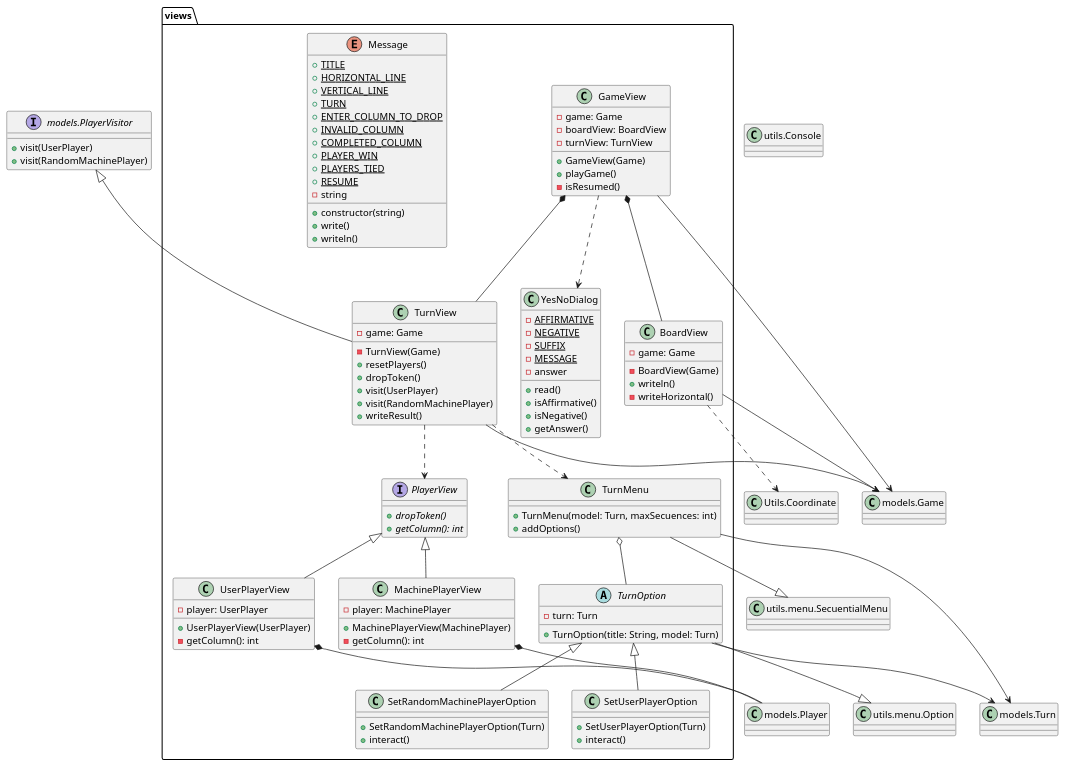
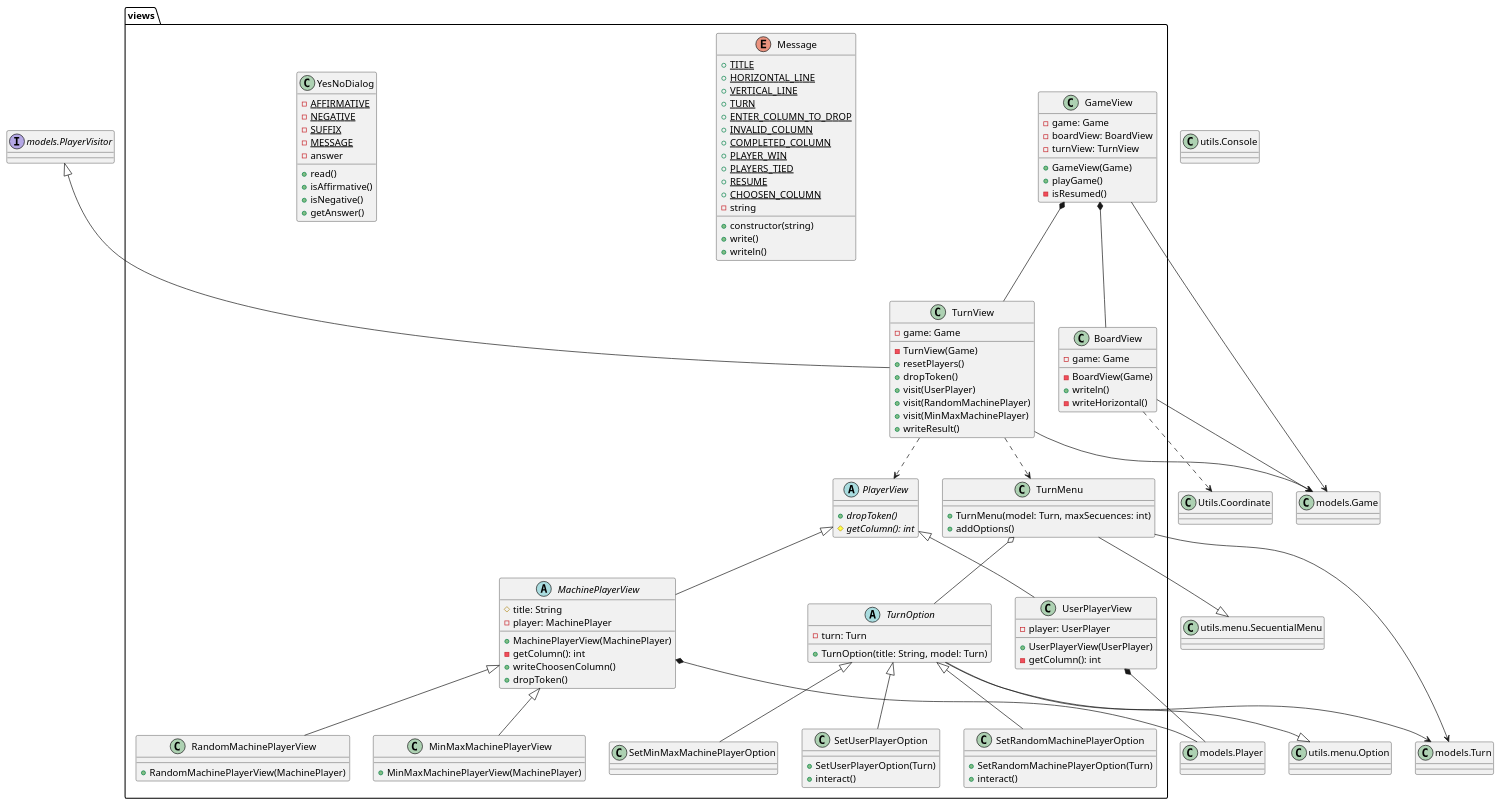
One commit to js-rom/connect4 changed the diagram in connect4/Docs/diagrams/src/packages/connect4.views.plantuml. Above: the diagram before and after it, drawn with PlantUML. The commit also changed 2 other files, not shown here.

Commit message:
docs(featureDocs): update docs with new feature IA Player

```diff
--- a/connect4/Docs/diagrams/src/packages/connect4.views.plantuml
+++ b/connect4/Docs/diagrams/src/packages/connect4.views.plantuml
@@ -1,124 +1,135 @@
-@startuml views
+@startuml connect4.views
 
 class views.GameView
 class views.BoardView
 class views.TurnView
-interface views.PlayerView
-class views.MachinePlayerView
+abstract class views.PlayerView
+abstract class views.MachinePlayerView
+class views.MinMaxMachinePlayerView
+class views.RandomMachinePlayerView
 class views.UserPlayerView
 class views.TurnMenu
 abstract class views.TurnOption
 class views.SetRandomMachinePlayerOption
+class views.SetMinMaxMachinePlayerOption
 class views.SetUserPlayerOption
 enum views.Message
 class views.YesNoDialog
 
 GameView *-- TurnView
 GameView *-- BoardView
 TurnView ..> PlayerView
 PlayerView <|-- UserPlayerView
 PlayerView <|-- MachinePlayerView
+MachinePlayerView <|-- MinMaxMachinePlayerView
+MachinePlayerView <|-- RandomMachinePlayerView
 TurnOption <|-- SetRandomMachinePlayerOption
+TurnOption <|-- SetMinMaxMachinePlayerOption
 TurnOption <|-- SetUserPlayerOption
 
 TurnView ..> TurnMenu
-GameView ..> YesNoDialog
 TurnMenu o-- TurnOption
 
 
 class Option as "utils.menu.Option"
 class SecuentialMenu as "utils.menu.SecuentialMenu"
 class Game as "models.Game"
 class Turn as "models.Turn"
 class Coordinate as "Utils.Coordinate"
 class Console as "utils.Console"
 class Player as "models.Player"
 interface PlayerVisitor as "models.PlayerVisitor"
 
 TurnOption --|> Option
 TurnMenu --|> SecuentialMenu
 BoardView --> Game
 BoardView ..> Coordinate
 GameView --> Game
 MachinePlayerView *-- Player
 UserPlayerView *-- Player
 TurnView --> Game
 TurnMenu --> Turn
 TurnOption --> Turn
 PlayerVisitor <|-- TurnView
 
 
 GameView : -game: Game
 GameView : -boardView: BoardView
 GameView : -turnView: TurnView
 GameView : +GameView(Game)
 GameView : +playGame()
 GameView : -isResumed()
 
 TurnView : -game: Game
 TurnView : -TurnView(Game)
 TurnView : +resetPlayers()
 TurnView : +dropToken()
 TurnView : +visit(UserPlayer)
 TurnView : +visit(RandomMachinePlayer)
+TurnView : +visit(MinMaxMachinePlayer)
 TurnView : +writeResult()
 
 BoardView : -game: Game
 BoardView : -BoardView(Game)
 BoardView : +writeln()
 BoardView : -writeHorizontal()
 
 PlayerView : +{abstract}dropToken()
-PlayerView : +{abstract}getColumn(): int
+PlayerView : {abstract} #getColumn(): int
 
+MachinePlayerView : #title: String
 MachinePlayerView : -player: MachinePlayer
 MachinePlayerView : +MachinePlayerView(MachinePlayer)
 MachinePlayerView : -getColumn(): int
+MachinePlayerView : +writeChoosenColumn()
+MachinePlayerView : +dropToken()
+
+MinMaxMachinePlayerView : +MinMaxMachinePlayerView(MachinePlayer)
+
+RandomMachinePlayerView : +RandomMachinePlayerView(MachinePlayer)
 
 UserPlayerView : -player: UserPlayer
 UserPlayerView : +UserPlayerView(UserPlayer)
 UserPlayerView : -getColumn(): int
-
-PlayerVisitor : +visit(UserPlayer)
-PlayerVisitor : +visit(RandomMachinePlayer)
 
 Message : {static} +TITLE
 Message : {static} +HORIZONTAL_LINE
 Message : {static} +VERTICAL_LINE
 Message : {static} +TURN
 Message : {static} +ENTER_COLUMN_TO_DROP
 Message : {static} +INVALID_COLUMN
 Message : {static} +COMPLETED_COLUMN
 Message : {static} +PLAYER_WIN
 Message : {static} +PLAYERS_TIED
 Message : {static} +RESUME
+Message : {static} +CHOOSEN_COLUMN
 Message : -string
 Message : +constructor(string)
 Message : +write()
 Message : +writeln()
 
 
 YesNoDialog : {static} -AFFIRMATIVE
 YesNoDialog : {static} -NEGATIVE
 YesNoDialog : {static} -SUFFIX
 YesNoDialog : {static} -MESSAGE
 YesNoDialog : -answer
 YesNoDialog : +read()
 YesNoDialog : +isAffirmative()
 YesNoDialog : +isNegative()
 YesNoDialog : +getAnswer()
 
 TurnMenu : +TurnMenu(model: Turn, maxSecuences: int)
 TurnMenu : +addOptions()
 
 TurnOption : -turn: Turn
 TurnOption : +TurnOption(title: String, model: Turn)
 
 SetRandomMachinePlayerOption : +SetRandomMachinePlayerOption(Turn)
 SetRandomMachinePlayerOption : +interact()
 
 SetUserPlayerOption : +SetUserPlayerOption(Turn)
 SetUserPlayerOption : +interact()
 
 
 @enduml
```
